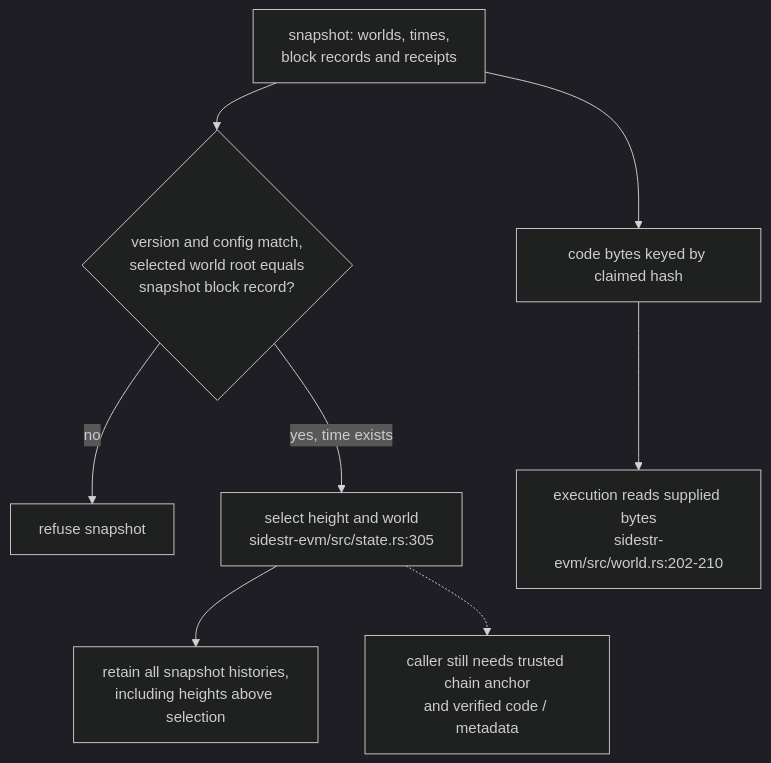
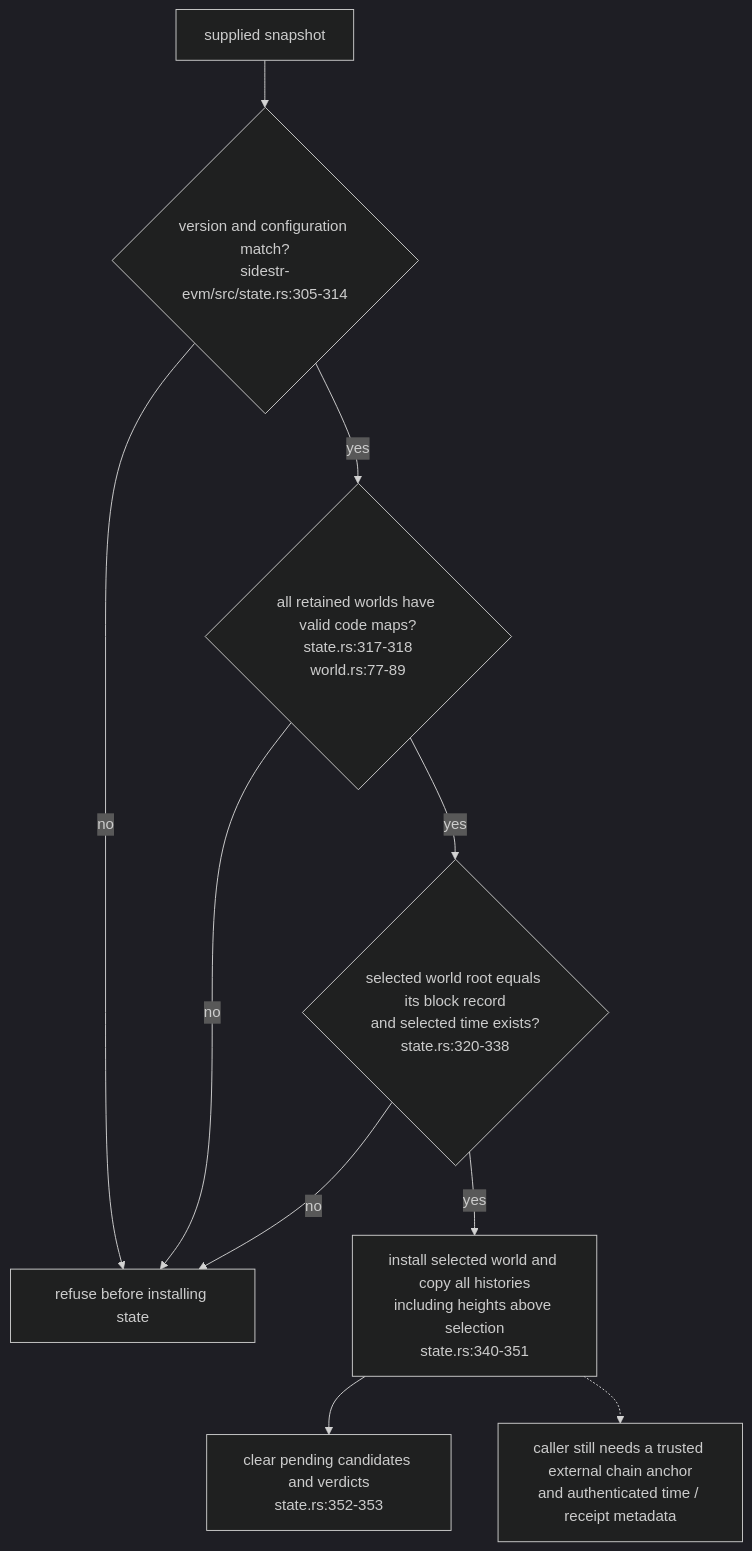
Before and after one commit to DreamLab-AI/VisionFlow: the third of 4 diagrams in docs/diagrams/sidestr-rs/03-evm-overlay-and-retained-state.md, drawn with Mermaid (dark theme). The commit also changed other lines of this file and 12 other files, not shown here.

Commit message:
docs: align custody pod pins and retained EVM state (#36)

````diff
--- a/docs/diagrams/sidestr-rs/03-evm-overlay-and-retained-state.md
+++ b/docs/diagrams/sidestr-rs/03-evm-overlay-and-retained-state.md
@@ -85,10 +85,12 @@
 ```mermaid
 flowchart TB
-    SNAP["snapshot: worlds, times,<br/>block records and receipts"] --> V{"version and config match,<br/>selected world root equals<br/>snapshot block record?"}
-    V -->|no| REF["refuse snapshot"]
-    V -->|yes, time exists| LIVE["select height and world<br/>sidestr-evm/src/state.rs:305"]
-    SNAP --> CODE["code bytes keyed by claimed hash"]
-    CODE --> EXEC["execution reads supplied bytes<br/>sidestr-evm/src/world.rs:202-210"]
-    LIVE --> ALL["retain all snapshot histories,<br/>including heights above selection"]
-    LIVE -.-> NEED["caller still needs trusted chain anchor<br/>and verified code / metadata"]
+    SNAP["supplied snapshot"] --> VERSION{"version and configuration match?<br/>sidestr-evm/src/state.rs:305-314"}
+    VERSION -->|no| REF["refuse before installing state"]
+    VERSION -->|yes| CODE{"all retained worlds have valid code maps?<br/>state.rs:317-318<br/>world.rs:77-89"}
+    CODE -->|no| REF
+    CODE -->|yes| ROOT{"selected world root equals its block record<br/>and selected time exists?<br/>state.rs:320-338"}
+    ROOT -->|no| REF
+    ROOT -->|yes| LIVE["install selected world and copy all histories<br/>including heights above selection<br/>state.rs:340-351"]
+    LIVE --> CLEAR["clear pending candidates and verdicts<br/>state.rs:352-353"]
+    LIVE -.-> NEED["caller still needs a trusted external chain anchor<br/>and authenticated time / receipt metadata"]
 ```
````
